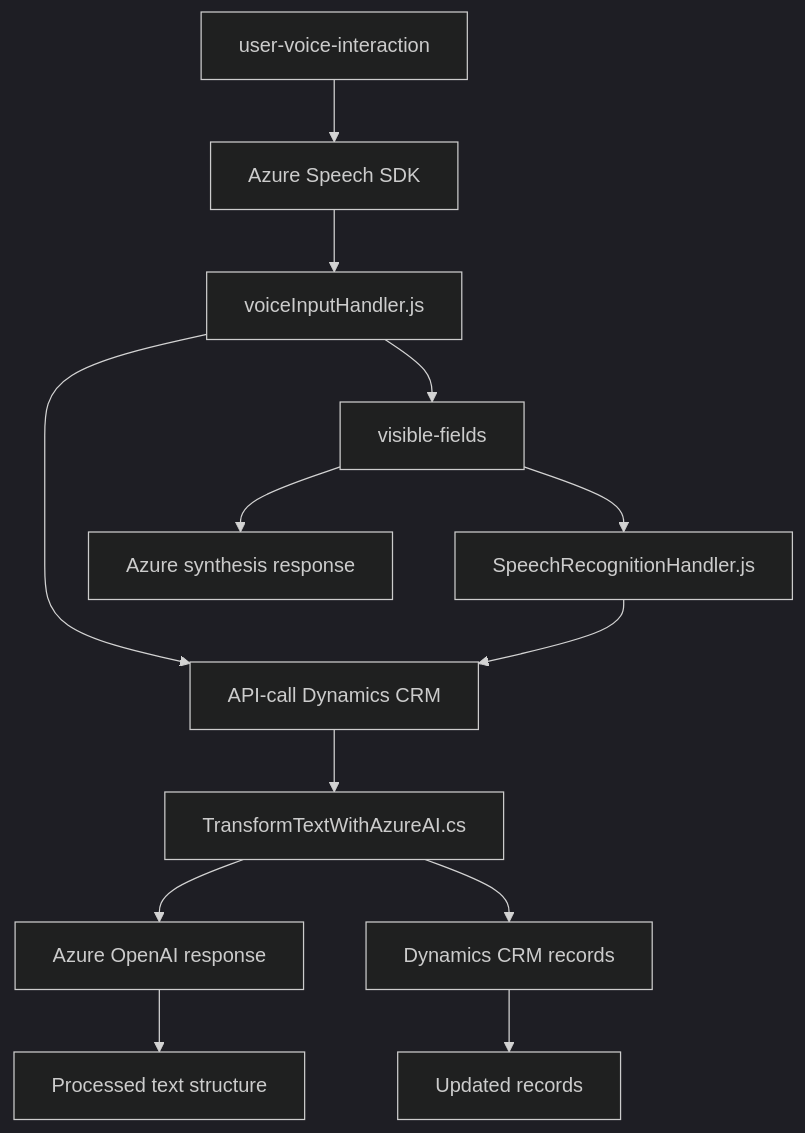
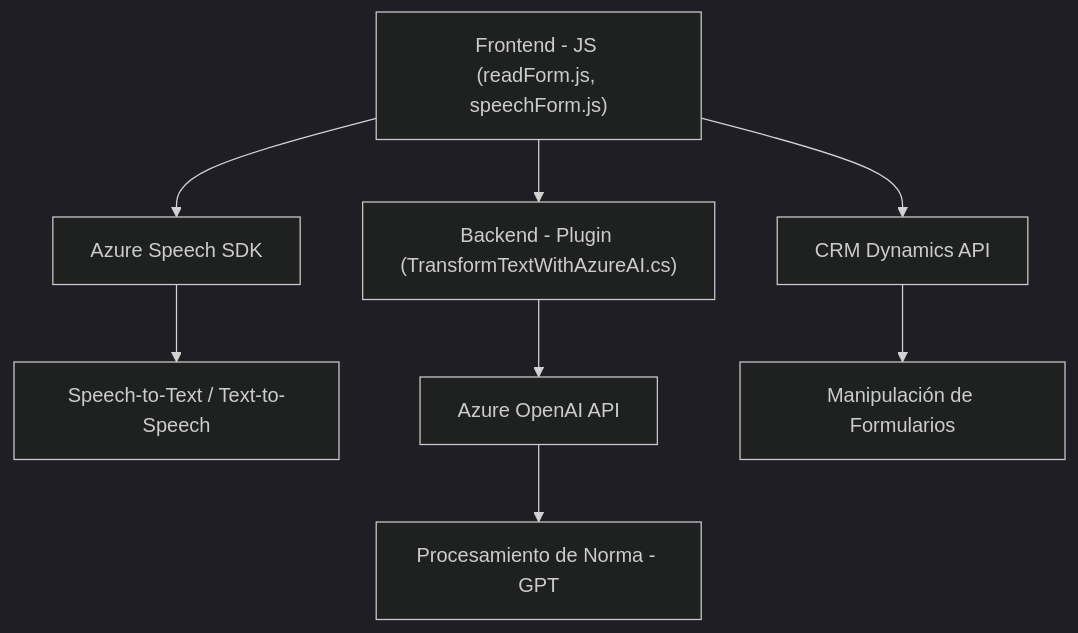
Before and after one commit to blopezdm/NETCORE_BILBAO2025: the diagram in README.md, drawn with Mermaid (dark theme). The commit also changed other lines of this file, not shown here.

````diff
--- a/README.md
+++ b/README.md
@@ -42,15 +43,11 @@
 ```mermaid
 graph TD
-    A["user-voice-interaction"] --> B["Azure Speech SDK"]
-    B --> C["voiceInputHandler.js"]
-    C --> D["visible-fields"]
-    C --> E["API-call Dynamics CRM"]
-    D --> F["SpeechRecognitionHandler.js"]
-    F --> E
-    D --> G["Azure synthesis response"]
-    E --> H["TransformTextWithAzureAI.cs"]
-    H --> I["Azure OpenAI response"]
-    H --> J["Dynamics CRM records"]
-    I --> L["Processed text structure"]
-    J --> M["Updated records"]
+    A["Frontend - JS (readForm.js, speechForm.js)"] --> B["Azure Speech SDK"]
+    A --> C["Backend - Plugin (TransformTextWithAzureAI.cs)"]
+    B --> D["Speech-to-Text / Text-to-Speech"]
+    C --> E["Azure OpenAI API"]
+    E --> F["Procesamiento de Norma - GPT"]
+    A --> G["CRM Dynamics API"]
+    G --> H["Manipulación de Formularios"]
+
 ```
````
